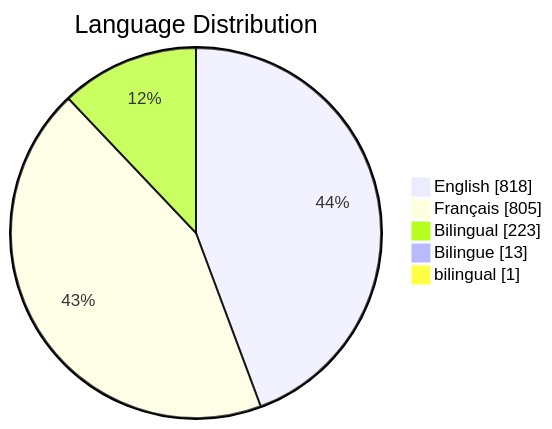
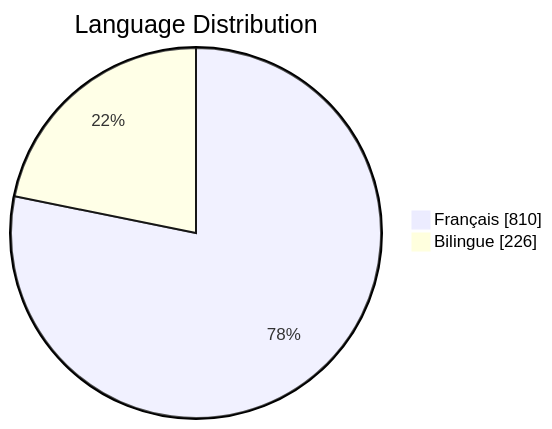
One commit to PatLittle/GC-Socials changed the third of 6 diagrams in README.md. Above: the diagram before and after it, drawn with Mermaid. The commit also changed other lines of this file, not shown here.

Commit message:
Update README with Platform Distribution pie chart

````diff
--- a/README.md
+++ b/README.md
@@ -80,8 +70,5 @@
 ```mermaid
 pie showData title Language Distribution
-    "English": 818
-    "Français": 805
-    "Bilingual": 223
-    "Bilingue": 13
-    "bilingual": 1
+    "Français": 810
+    "Bilingue": 226
 ```
````
